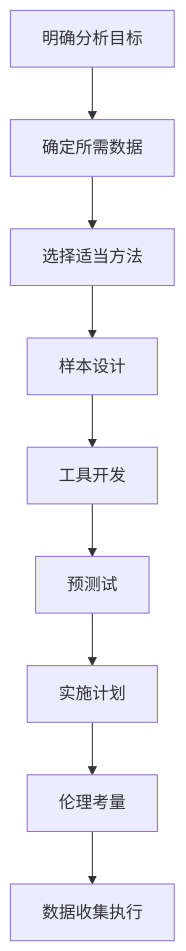
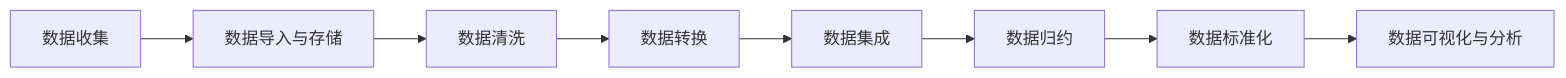
One commit to amcoimg/my-digital-garden changed the third of 3 diagrams in src/site/notes/知识共享/002_商业分析/01_学习内容/02_数据收集与处理/2.1 数据收集与处理基础.md. Above: the diagram before and after it, drawn with Mermaid. The commit also changed other lines of this file and 1 other file, not shown here.

````diff
--- a/src/site/notes/知识共享/002_商业分析/01_学习内容/02_数据收集与处理/2.1 数据收集与处理基础.md
+++ b/src/site/notes/知识共享/002_商业分析/01_学习内容/02_数据收集与处理/2.1 数据收集与处理基础.md
@@ -112,11 +144,10 @@
 ```mermaid
-graph TD
-    A[明确分析目标] --> B[确定所需数据]
-    B --> C[选择适当方法]
-    C --> D[样本设计]
-    D --> E[工具开发]
-    E --> F[预测试]
-    F --> G[实施计划]
-    G --> H[伦理考量]
-    H --> I[数据收集执行]
+flowchart LR
+    A[数据收集] --> B[数据导入与存储]
+    B --> C[数据清洗]
+    C --> D[数据转换]
+    D --> E[数据集成]
+    E --> F[数据归约]
+    F --> G[数据标准化]
+    G --> H[数据可视化与分析]
 ```
````
